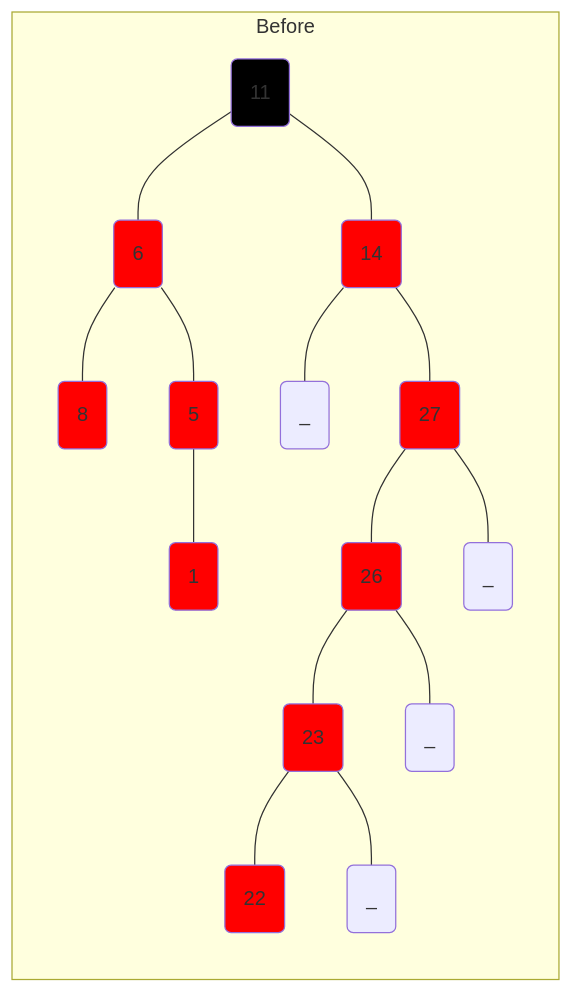
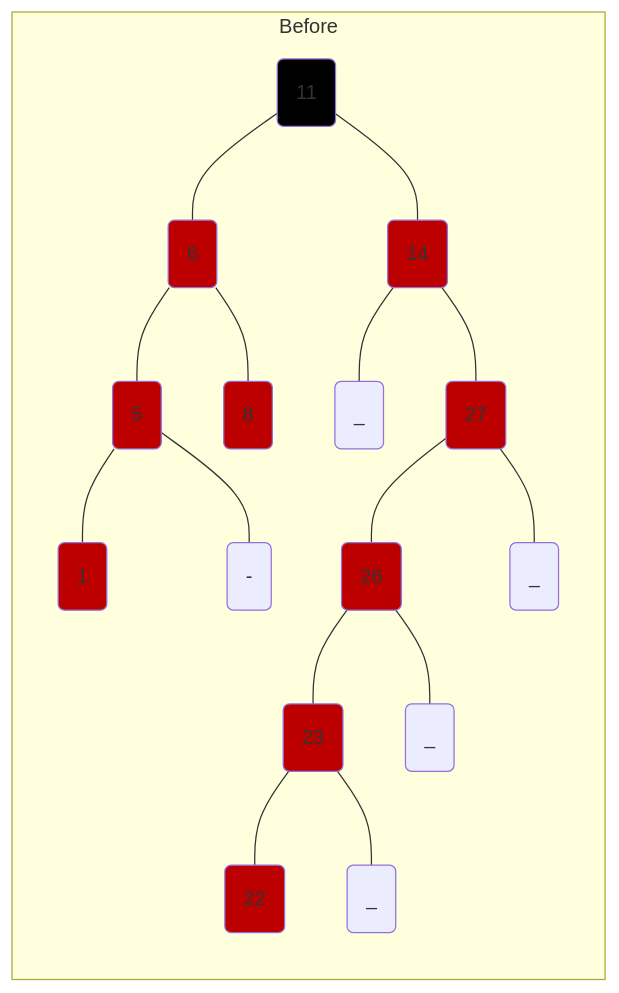
The first of 2 diagrams in Homework/hw4/tree.md (artem-uhnovets/gr4594-algo_data_structure), drawn with Mermaid before and after one commit. The commit also changed other lines of this file, not shown here.

````diff
--- a/Homework/hw4/tree.md
+++ b/Homework/hw4/tree.md
@@ -14,37 +14,38 @@
 ```mermaid
 flowchart TB
 subgraph Before
 direction TB
 1("11")
 2("6")
 3("14")
-4("5")
+4("8")
 5("27")
-6("8")
+6("5")
 7("26")
 8("23")
 9("1")
 10("22")
 1 --- 2 & 3
 2 --- 6 & 4
-4 --- 9
+6 --- 9
+6 --- 15("-")
 3 --- 11("_")
 3 --- 5
 5 --- 7
 5 --- 12("_")
 7 --- 8
 7 --- 13("_")
 8 --- 10
 8 --- 14("_")
 style 1 fill:#000
-style 2 fill:#ff0000
-style 3 fill:#ff0000
-style 4 fill:#ff0000
-style 5 fill:#ff0000
-style 6 fill:#ff0000
-style 7 fill:#ff0000
-style 8 fill:#ff0000
-style 9 fill:#ff0000
-style 10 fill:#ff0000
+style 2 fill:#bc0000
+style 3 fill:#bc0000
+style 4 fill:#bc0000
+style 5 fill:#bc0000
+style 6 fill:#bc0000
+style 7 fill:#bc0000
+style 8 fill:#bc0000
+style 9 fill:#bc0000
+style 10 fill:#bc0000
 end
 ```
````
